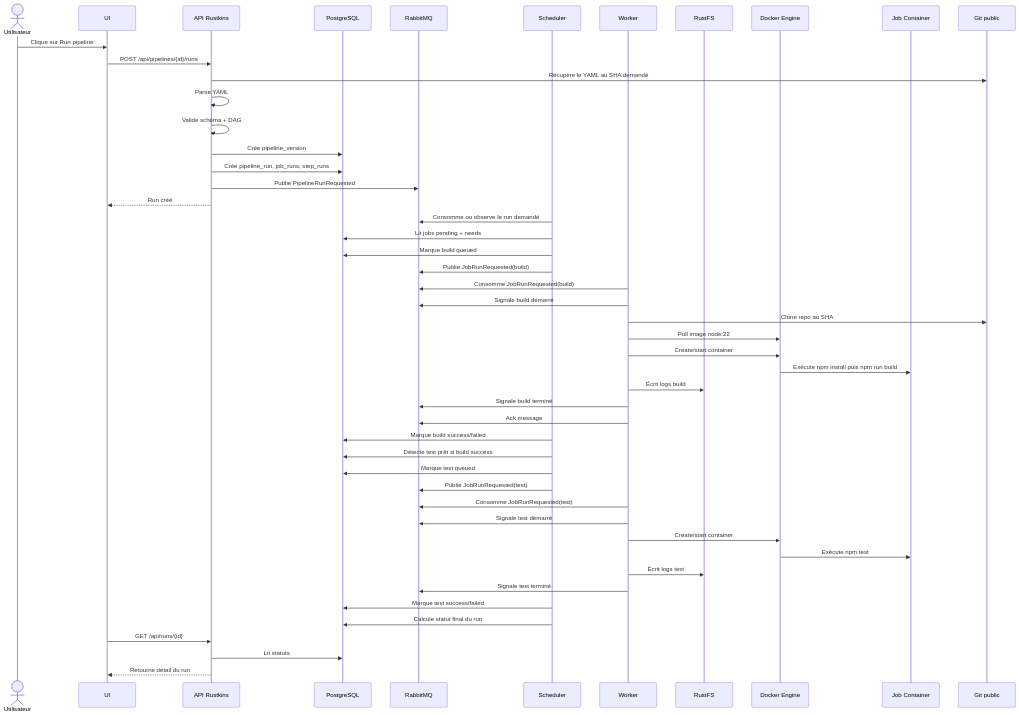
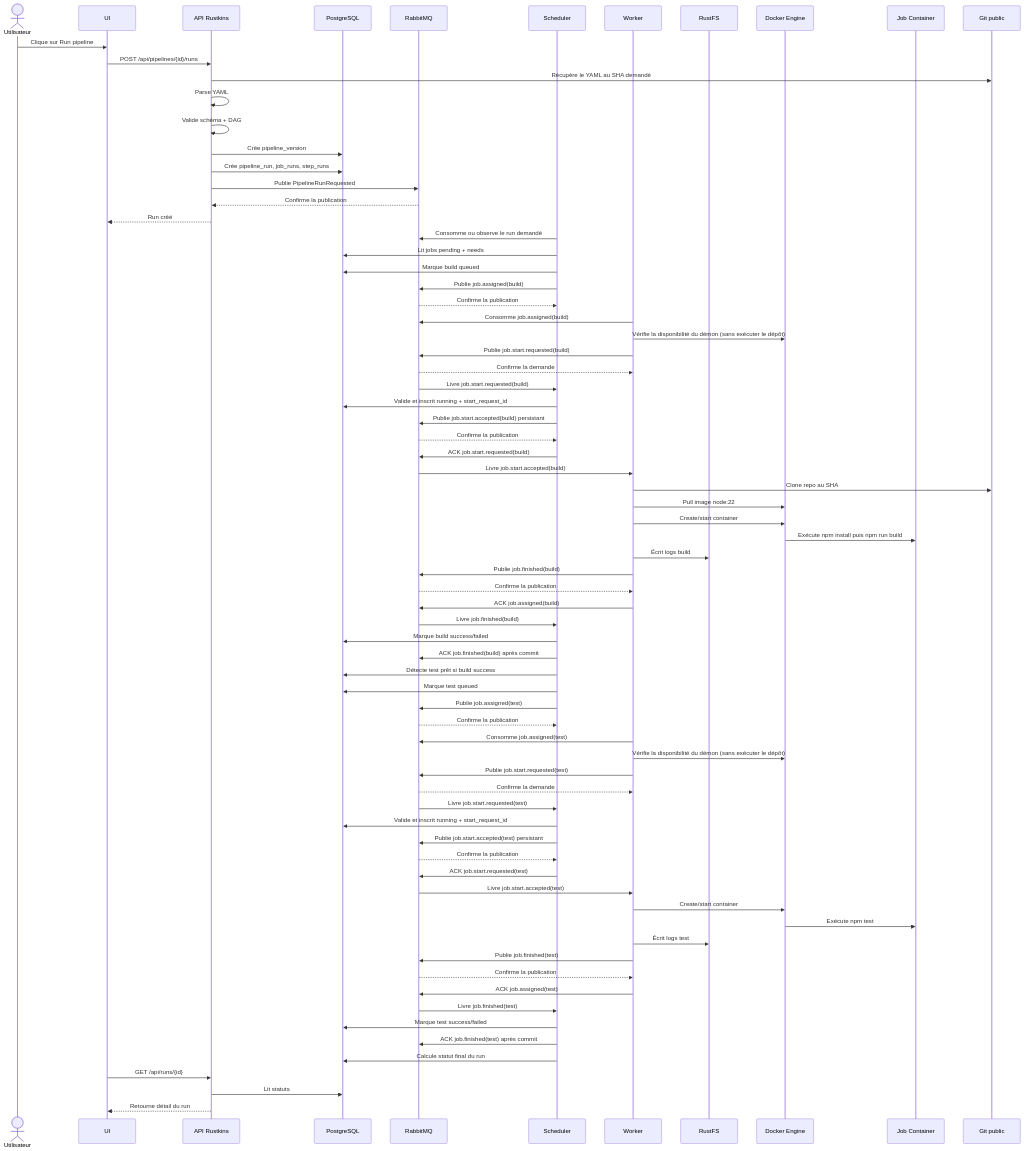
The fourth of 5 diagrams in docs/versions/v0/overview.md (Rustkins-Project/RustkinsDocs), drawn with Mermaid before and after one commit. The commit also changed other lines of this file and 22 other files, not shown here.

```diff
--- a/docs/versions/v0/overview.md
+++ b/docs/versions/v0/overview.md
@@ -785,35 +848,61 @@
   API->>PG: Crée pipeline_version
   API->>PG: Crée pipeline_run, job_runs, step_runs
   API->>MQ: Publie PipelineRunRequested
+  MQ-->>API: Confirme la publication
   API-->>UI: Run créé
 
   Scheduler->>MQ: Consomme ou observe le run demandé
   Scheduler->>PG: Lit jobs pending + needs
   Scheduler->>PG: Marque build queued
-  Scheduler->>MQ: Publie JobRunRequested(build)
+  Scheduler->>MQ: Publie job.assigned(build)
+  MQ-->>Scheduler: Confirme la publication
 
-  Worker->>MQ: Consomme JobRunRequested(build)
-  Worker->>MQ: Signale build démarré
+  Worker->>MQ: Consomme job.assigned(build)
+  Worker->>Docker: Vérifie la disponibilité du démon (sans exécuter le dépôt)
+  Worker->>MQ: Publie job.start.requested(build)
+  MQ-->>Worker: Confirme la demande
+  MQ->>Scheduler: Livre job.start.requested(build)
+  Scheduler->>PG: Valide et inscrit running + start_request_id
+  Scheduler->>MQ: Publie job.start.accepted(build) persistant
+  MQ-->>Scheduler: Confirme la publication
+  Scheduler->>MQ: ACK job.start.requested(build)
+  MQ->>Worker: Livre job.start.accepted(build)
   Worker->>Git: Clone repo au SHA
   Worker->>Docker: Pull image node:22
   Worker->>Docker: Create/start container
   Docker->>Job: Exécute npm install puis npm run build
   Worker->>FS: Écrit logs build
-  Worker->>MQ: Signale build terminé
-  Worker->>MQ: Ack message
+  Worker->>MQ: Publie job.finished(build)
+  MQ-->>Worker: Confirme la publication
+  Worker->>MQ: ACK job.assigned(build)
+  MQ->>Scheduler: Livre job.finished(build)
 
   Scheduler->>PG: Marque build success/failed
+  Scheduler->>MQ: ACK job.finished(build) après commit
   Scheduler->>PG: Détecte test prêt si build success
   Scheduler->>PG: Marque test queued
-  Scheduler->>MQ: Publie JobRunRequested(test)
+  Scheduler->>MQ: Publie job.assigned(test)
+  MQ-->>Scheduler: Confirme la publication
 
-  Worker->>MQ: Consomme JobRunRequested(test)
-  Worker->>MQ: Signale test démarré
+  Worker->>MQ: Consomme job.assigned(test)
+  Worker->>Docker: Vérifie la disponibilité du démon (sans exécuter le dépôt)
+  Worker->>MQ: Publie job.start.requested(test)
+  MQ-->>Worker: Confirme la demande
+  MQ->>Scheduler: Livre job.start.requested(test)
+  Scheduler->>PG: Valide et inscrit running + start_request_id
+  Scheduler->>MQ: Publie job.start.accepted(test) persistant
+  MQ-->>Scheduler: Confirme la publication
+  Scheduler->>MQ: ACK job.start.requested(test)
+  MQ->>Worker: Livre job.start.accepted(test)
   Worker->>Docker: Create/start container
   Docker->>Job: Exécute npm test
   Worker->>FS: Écrit logs test
-  Worker->>MQ: Signale test terminé
+  Worker->>MQ: Publie job.finished(test)
+  MQ-->>Worker: Confirme la publication
+  Worker->>MQ: ACK job.assigned(test)
+  MQ->>Scheduler: Livre job.finished(test)
   Scheduler->>PG: Marque test success/failed
+  Scheduler->>MQ: ACK job.finished(test) après commit
 
   Scheduler->>PG: Calcule statut final du run
   UI->>API: GET /api/runs/{id}
```
